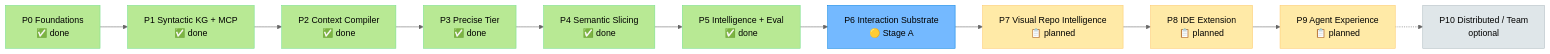
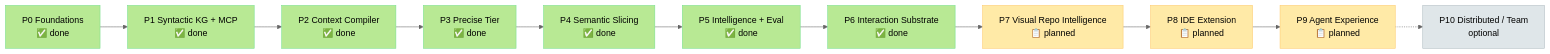
Before and after one commit to Md-Jazbee/prism: the first of 2 diagrams in docs/planning/TASKS-AND-PROGRESS.md, drawn with Mermaid (neutral theme). The commit also changed other lines of this file and 32 other files, not shown here.

First line of the commit message:
Complete Phase 6 Stage C and pass the interaction-substrate gate.

````diff
--- a/docs/planning/TASKS-AND-PROGRESS.md
+++ b/docs/planning/TASKS-AND-PROGRESS.md
@@ -33,25 +33,25 @@
 ```mermaid
 flowchart LR
     P0[P0 Foundations<br/>✅ done] --> P1[P1 Syntactic KG + MCP<br/>✅ done]
     P1 --> P2[P2 Context Compiler<br/>✅ done]
     P2 --> P3[P3 Precise Tier<br/>✅ done]
     P3 --> P4[P4 Semantic Slicing<br/>✅ done]
     P4 --> P5[P5 Intelligence + Eval<br/>✅ done]
-    P5 --> P6[P6 Interaction Substrate<br/>🟡 Stage A]
+    P5 --> P6[P6 Interaction Substrate<br/>✅ done]
     P6 --> P7[P7 Visual Repo Intelligence<br/>📋 planned]
     P7 --> P8[P8 IDE Extension<br/>📋 planned]
     P8 --> P9[P9 Agent Experience<br/>📋 planned]
     P9 -.-> P10[P10 Distributed / Team<br/>optional]
 
     style P0 fill:#b8e994,stroke:#78e08f,color:#000
     style P1 fill:#b8e994,stroke:#78e08f,color:#000
     style P2 fill:#b8e994,stroke:#78e08f,color:#000
     style P3 fill:#b8e994,stroke:#78e08f,color:#000
     style P4 fill:#b8e994,stroke:#78e08f,color:#000
     style P5 fill:#b8e994,stroke:#78e08f,color:#000
-    style P6 fill:#74b9ff,stroke:#0984e3,color:#000
+    style P6 fill:#b8e994,stroke:#78e08f,color:#000
     style P7 fill:#ffeaa7,stroke:#fdcb6e,color:#000
     style P8 fill:#ffeaa7,stroke:#fdcb6e,color:#000
     style P9 fill:#ffeaa7,stroke:#fdcb6e,color:#000
     style P10 fill:#dfe6e9,stroke:#b2bec3,color:#000
 ```
````
